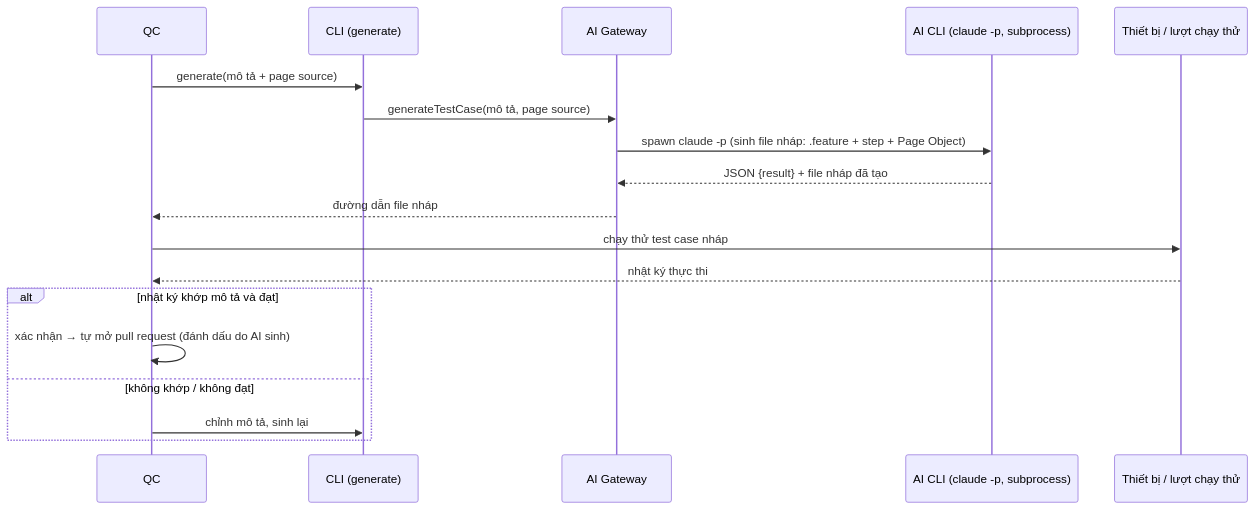
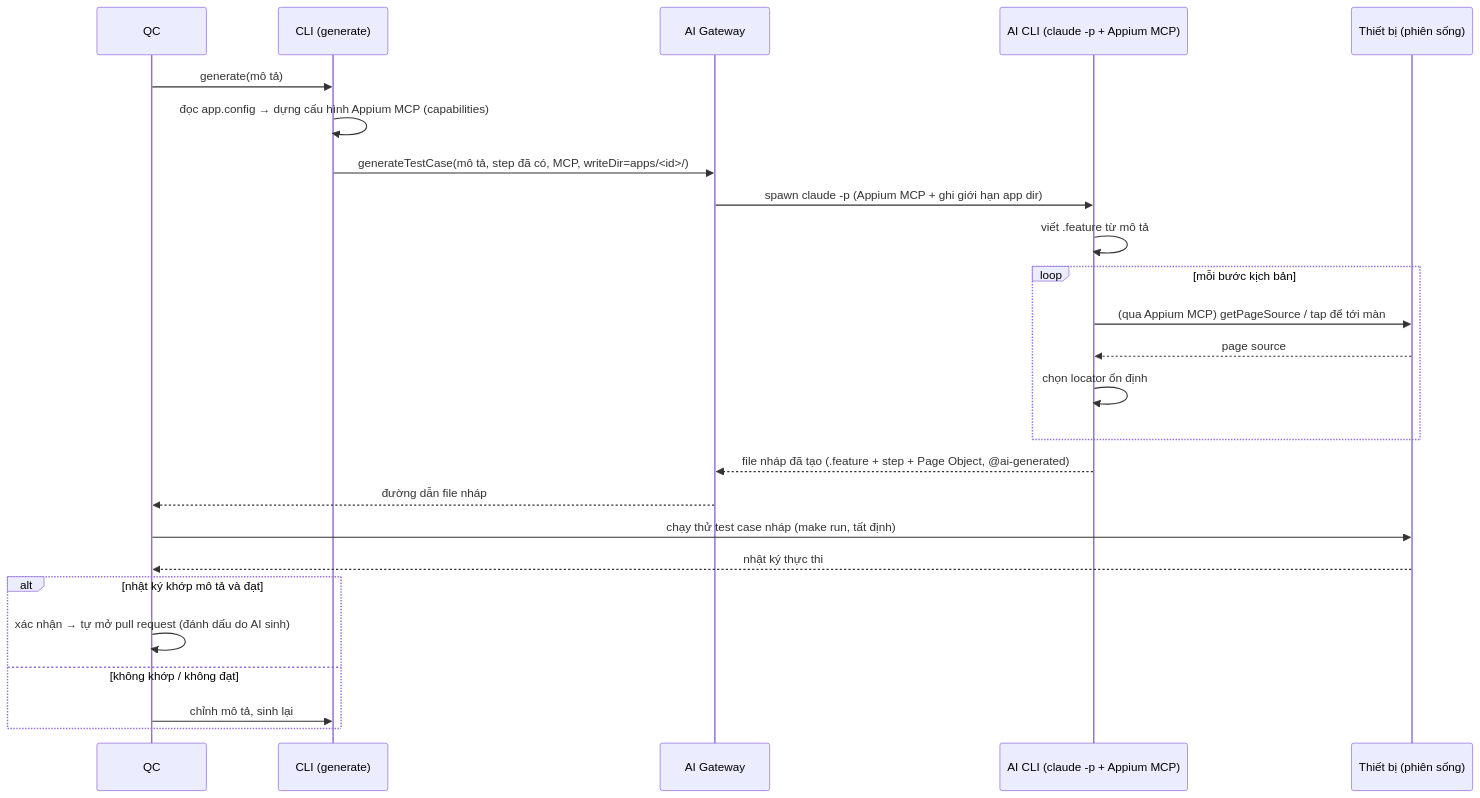
Before and after one commit to kytruongdev/aimtap: the second of 3 diagrams in docs/architecture/phase-2/sequence-diagrams.md, drawn with Mermaid. The commit also changed other lines of this file and 7 other files, not shown here.

First line of the commit message:
docs(architecture): add ADR-028 agentic generate via Appium MCP

````diff
--- a/docs/architecture/phase-2/sequence-diagrams.md
+++ b/docs/architecture/phase-2/sequence-diagrams.md
@@ -40,21 +40,28 @@
 ```mermaid
 sequenceDiagram
 participant QC
 participant CLIcmd as CLI (generate)
 participant AI as AI Gateway
-participant CLI as AI CLI (claude -p, subprocess)
-participant Dev as Thiết bị / lượt chạy thử
+participant CLI as AI CLI (claude -p + Appium MCP)
+participant Dev as Thiết bị (phiên sống)
 
-QC->>CLIcmd: generate(mô tả + page source)
-CLIcmd->>AI: generateTestCase(mô tả, page source)
-AI->>CLI: spawn claude -p (sinh file nháp: .feature + step + Page Object)
-CLI-->>AI: JSON {result} + file nháp đã tạo
+QC->>CLIcmd: generate(mô tả)
+CLIcmd->>CLIcmd: đọc app.config → dựng cấu hình Appium MCP (capabilities)
+CLIcmd->>AI: generateTestCase(mô tả, step đã có, MCP, writeDir=apps/<id>/)
+AI->>CLI: spawn claude -p (Appium MCP + ghi giới hạn app dir)
+CLI->>CLI: viết .feature từ mô tả
+loop mỗi bước kịch bản
+  CLI->>Dev: (qua Appium MCP) getPageSource / tap để tới màn
+  Dev-->>CLI: page source
+  CLI->>CLI: chọn locator ổn định
+end
+CLI-->>AI: file nháp đã tạo (.feature + step + Page Object, @ai-generated)
 AI-->>QC: đường dẫn file nháp
-QC->>Dev: chạy thử test case nháp
+QC->>Dev: chạy thử test case nháp (make run, tất định)
 Dev-->>QC: nhật ký thực thi
 alt nhật ký khớp mô tả và đạt
   QC->>QC: xác nhận → tự mở pull request (đánh dấu do AI sinh)
 else không khớp / không đạt
   QC->>CLIcmd: chỉnh mô tả, sinh lại
 end
 ```
````
